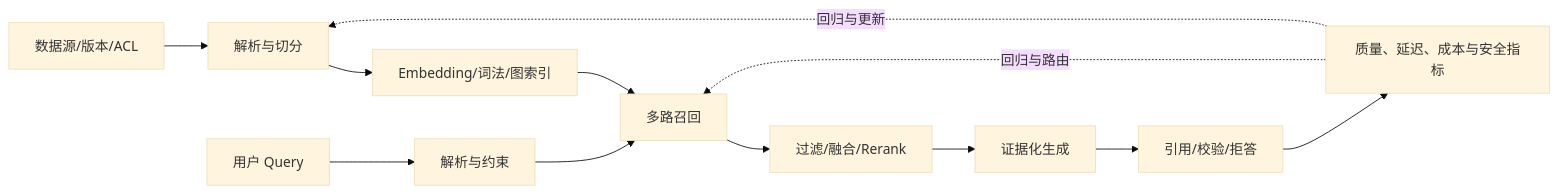
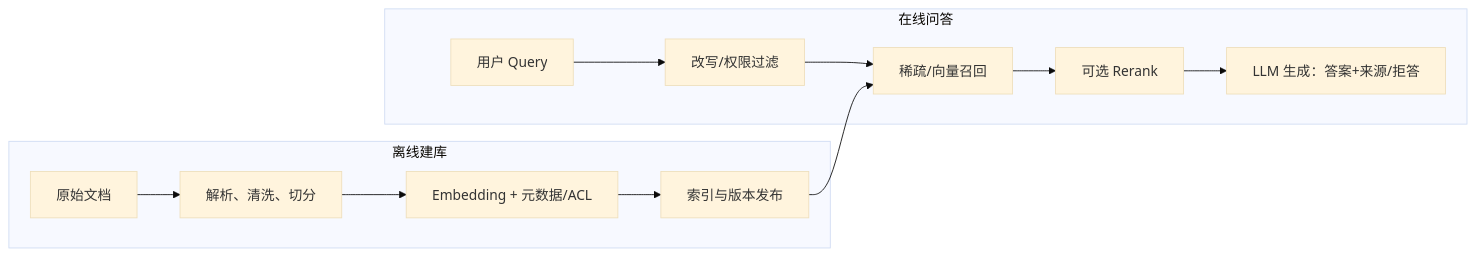
The first of 8 diagrams in books/小林面试笔记AI/rag/《RAG 面试题》.md (lijihao-0804/interview-forge), drawn with Mermaid (base theme) before and after one commit. The commit also changed other lines of this file and 1915 other files, not shown here.

````diff
--- a/books/小林面试笔记AI/rag/《RAG 面试题》.md
+++ b/books/小林面试笔记AI/rag/《RAG 面试题》.md
@@ -5,14 +93,15 @@
 ```mermaid
 flowchart LR
-    A[数据源/版本/ACL] --> B[解析与切分]
-    B --> C[Embedding/词法/图索引]
-    D[用户 Query] --> E[解析与约束]
-    E --> F[多路召回]
-    C --> F
-    F --> G[过滤/融合/Rerank]
-    G --> H[证据化生成]
-    H --> I[引用/校验/拒答]
-    I --> J[质量、延迟、成本与安全指标]
-    J -.回归与更新.-> B
-    J -.回归与路由.-> F
+    subgraph Offline[离线建库]
+        D[原始文档] --> P[解析、清洗、切分]
+        P --> M[Embedding + 元数据/ACL]
+        M --> I[索引与版本发布]
+    end
+    subgraph Online[在线问答]
+        Q[用户 Query] --> R[改写/权限过滤]
+        R --> H[稀疏/向量召回]
+        H --> K[可选 Rerank]
+        K --> G[LLM 生成：答案+来源/拒答]
+    end
+    I --> H
 ```
````
